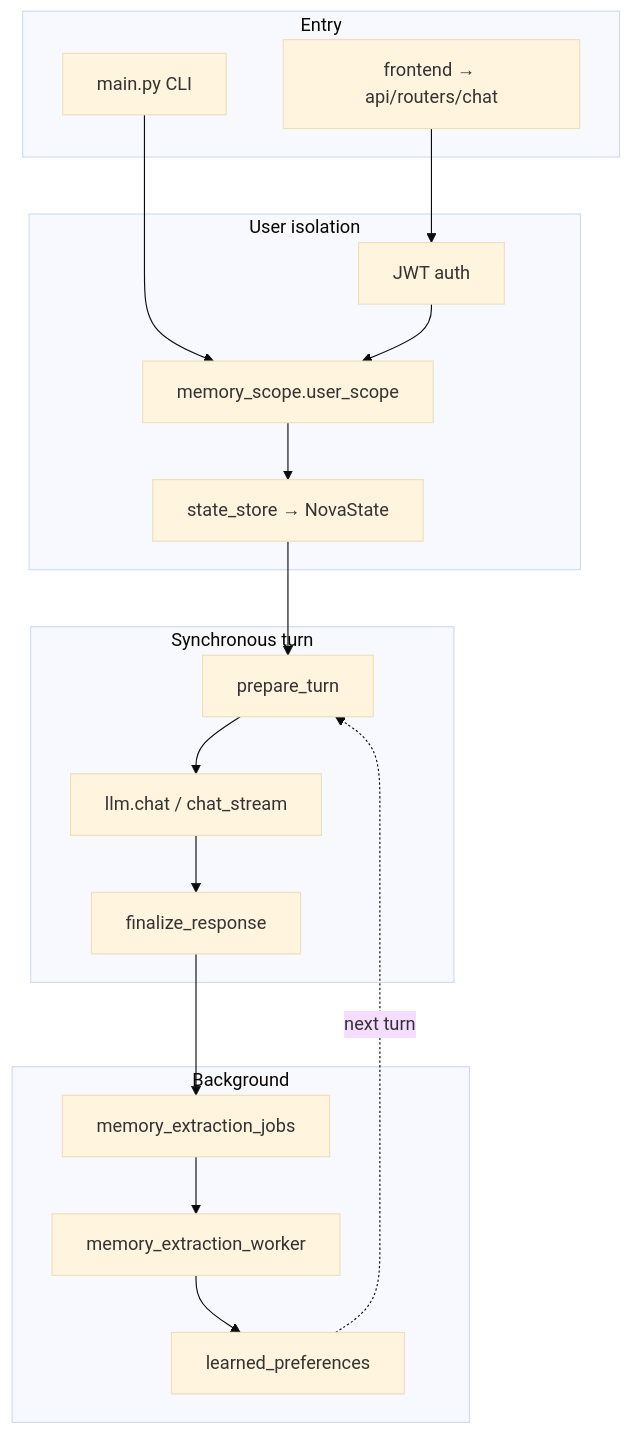
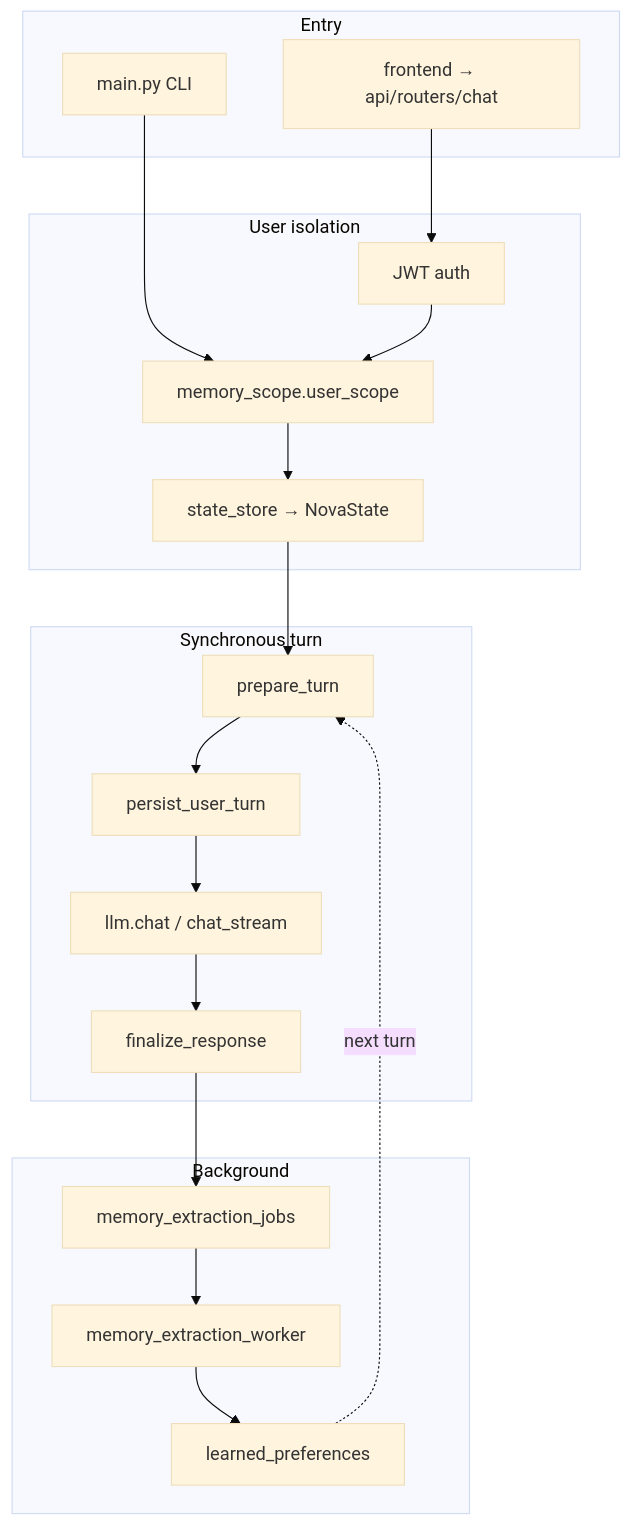
One commit to dagim-dev/companion changed the diagram in docs/ARCHITECTURE.md. Above: the diagram before and after it, drawn with Mermaid (base theme). The commit also changed other lines of this file and 3 other files, not shown here.

````diff
--- a/docs/ARCHITECTURE.md
+++ b/docs/ARCHITECTURE.md
@@ -13,30 +13,31 @@
 ```mermaid
 flowchart TD
     subgraph entry [Entry]
         CLI[main.py CLI]
         Web[frontend → api/routers/chat]
     end
 
     subgraph scope [User isolation]
         JWT[JWT auth]
         MS[memory_scope.user_scope]
         SS[state_store → NovaState]
     end
 
     subgraph sync [Synchronous turn]
         PT[prepare_turn]
+        PUT[persist_user_turn]
         LLM[llm.chat / chat_stream]
         FR[finalize_response]
     end
 
     subgraph async [Background]
         JOB[memory_extraction_jobs]
         W[memory_extraction_worker]
         LP[learned_preferences]
     end
 
     CLI --> MS
-    Web --> JWT --> MS --> SS --> PT --> LLM --> FR
+    Web --> JWT --> MS --> SS --> PT --> PUT --> LLM --> FR
     FR --> JOB --> W --> LP
     LP -.->|next turn| PT
 ```
````
